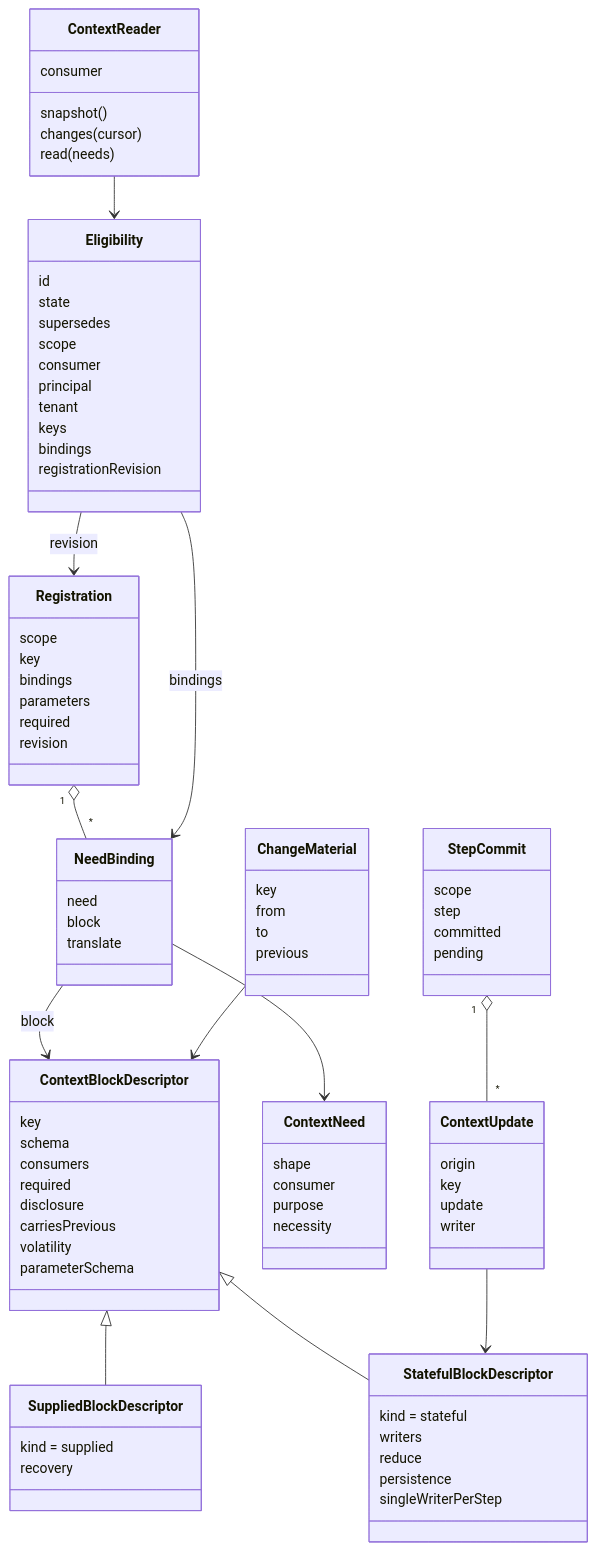
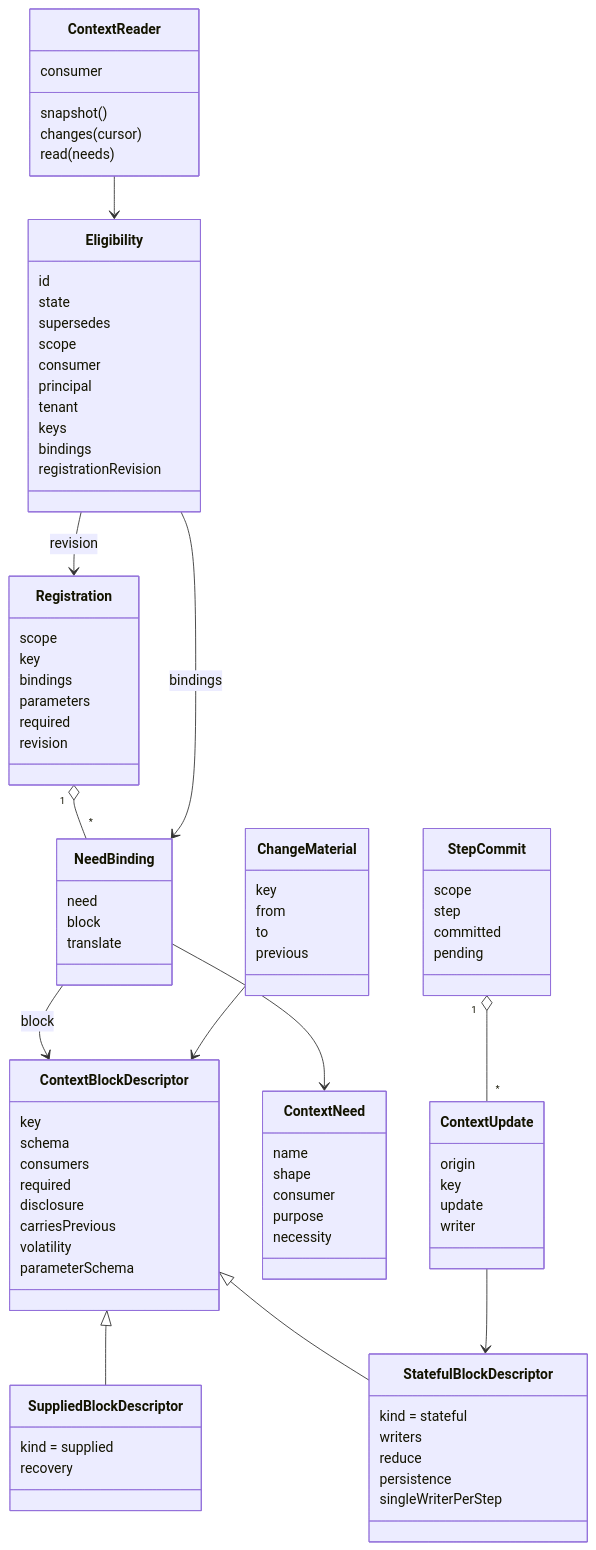
One commit to nemori-ai/omne-harness-lite changed the first of 2 diagrams in packages/context/runtime-context-contract/docs/object-model.md. Above: the diagram before and after it, drawn with Mermaid. The commit also changed 3 other files, not shown here.

```diff
--- a/packages/context/runtime-context-contract/docs/object-model.md
+++ b/packages/context/runtime-context-contract/docs/object-model.md
@@ -92,6 +92,7 @@
     singleWriterPerStep
   }
   class ContextNeed {
+    name
     shape
     consumer
     purpose
```
